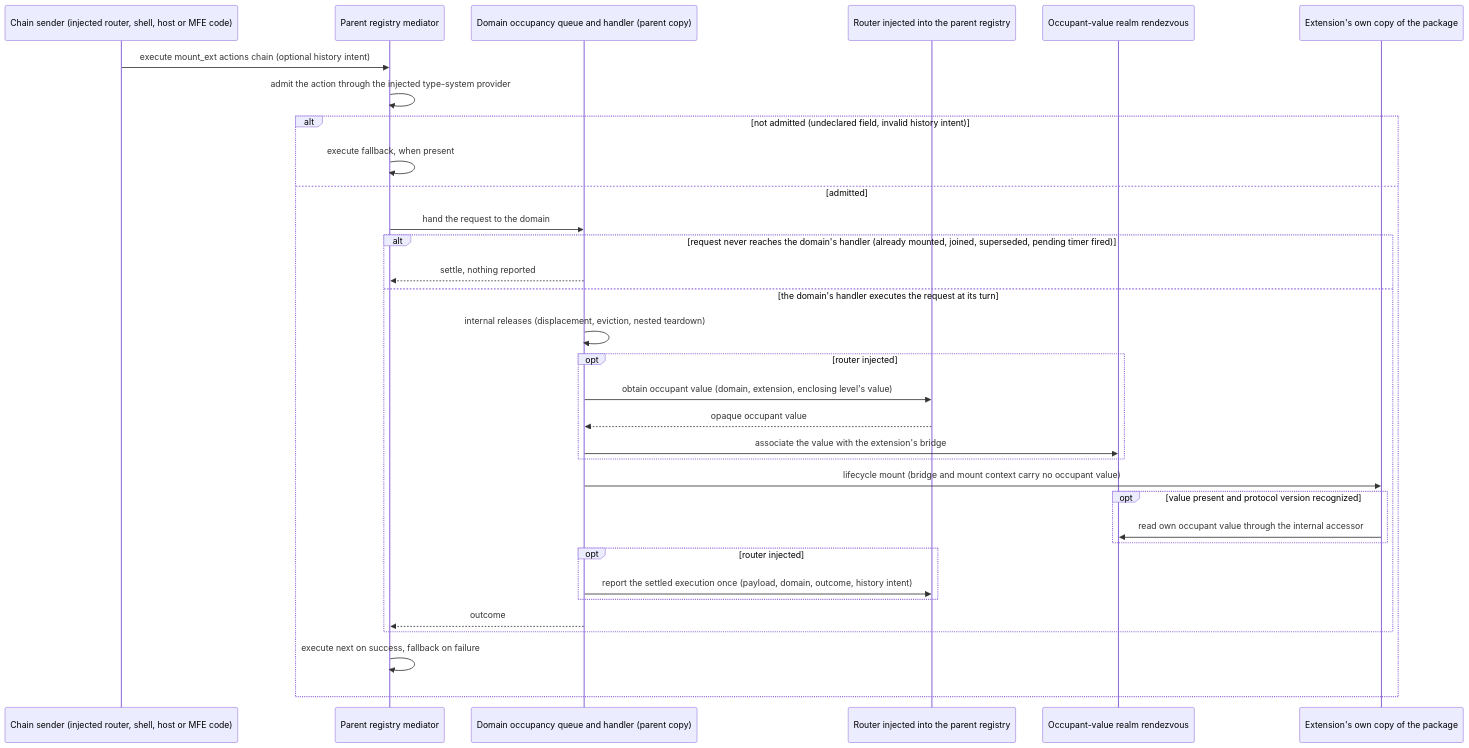
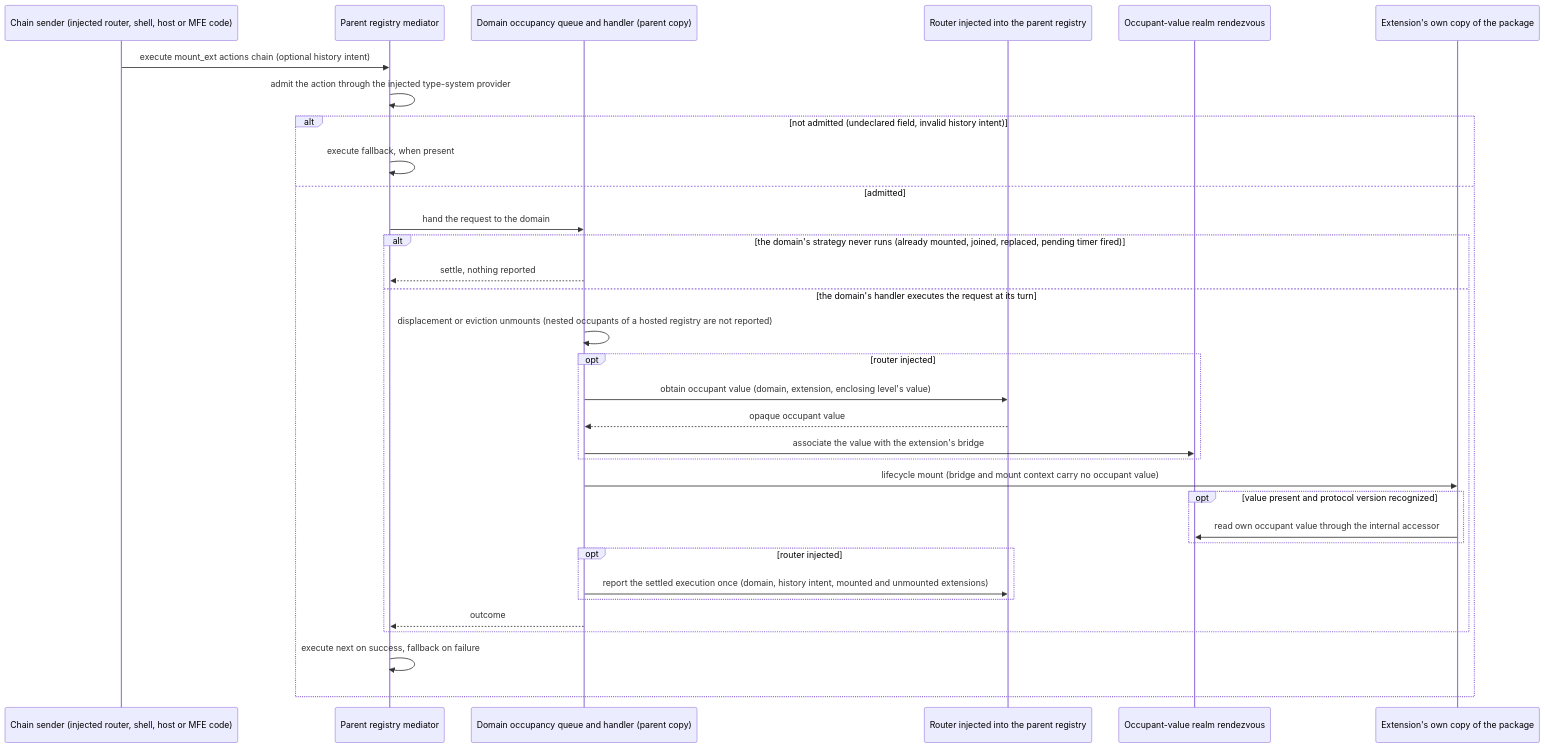
One commit to GeraBart/gears-frontx changed the fourth of 5 diagrams in packages/mfes/architecture/DESIGN.md. Above: the diagram before and after it, drawn with Mermaid. The commit also changed other lines of this file and 27 other files, not shown here.

Commit message:
feat: report physical mounts/unmounts per execution; unmount_ext in every domain

````diff
--- a/packages/mfes/architecture/DESIGN.md
+++ b/packages/mfes/architecture/DESIGN.md
@@ -439,35 +439,35 @@
 ```mermaid
 sequenceDiagram
     participant Snd as Chain sender (injected router, shell, host or MFE code)
     participant Med as Parent registry mediator
     participant Dom as Domain occupancy queue and handler (parent copy)
     participant Rt as Router injected into the parent registry
     participant RV as Occupant-value realm rendezvous
     participant Child as Extension's own copy of the package
     Snd->>Med: execute mount_ext actions chain (optional history intent)
     Med->>Med: admit the action through the injected type-system provider
     alt not admitted (undeclared field, invalid history intent)
         Med->>Med: execute fallback, when present
     else admitted
         Med->>Dom: hand the request to the domain
-        alt request never reaches the domain's handler (already mounted, joined, superseded, pending timer fired)
+        alt the domain's strategy never runs (already mounted, joined, replaced, pending timer fired)
             Dom-->>Med: settle, nothing reported
         else the domain's handler executes the request at its turn
-            Dom->>Dom: internal releases (displacement, eviction, nested teardown)
+            Dom->>Dom: displacement or eviction unmounts (nested occupants of a hosted registry are not reported)
             opt router injected
                 Dom->>Rt: obtain occupant value (domain, extension, enclosing level's value)
                 Rt-->>Dom: opaque occupant value
                 Dom->>RV: associate the value with the extension's bridge
             end
             Dom->>Child: lifecycle mount (bridge and mount context carry no occupant value)
             opt value present and protocol version recognized
                 Child->>RV: read own occupant value through the internal accessor
             end
             opt router injected
-                Dom->>Rt: report the settled execution once (payload, domain, outcome, history intent)
+                Dom->>Rt: report the settled execution once (domain, history intent, mounted and unmounted extensions)
             end
             Dom-->>Med: outcome
         end
         Med->>Med: execute next on success, fallback on failure
     end
 ```
````
